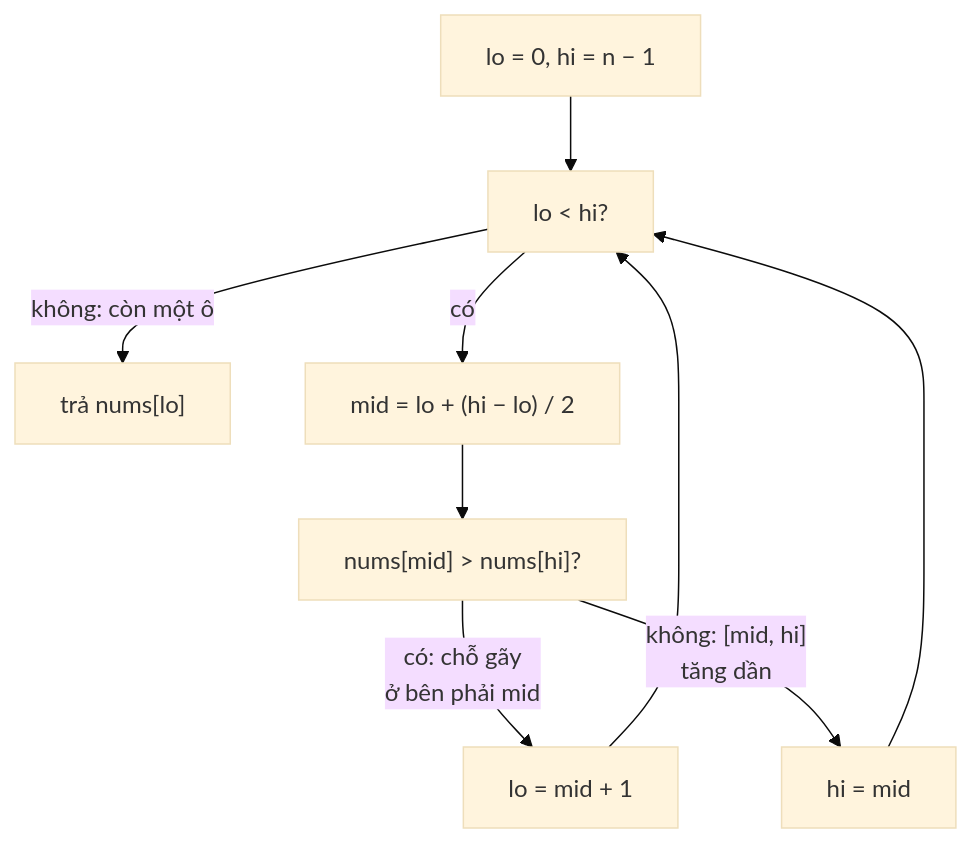
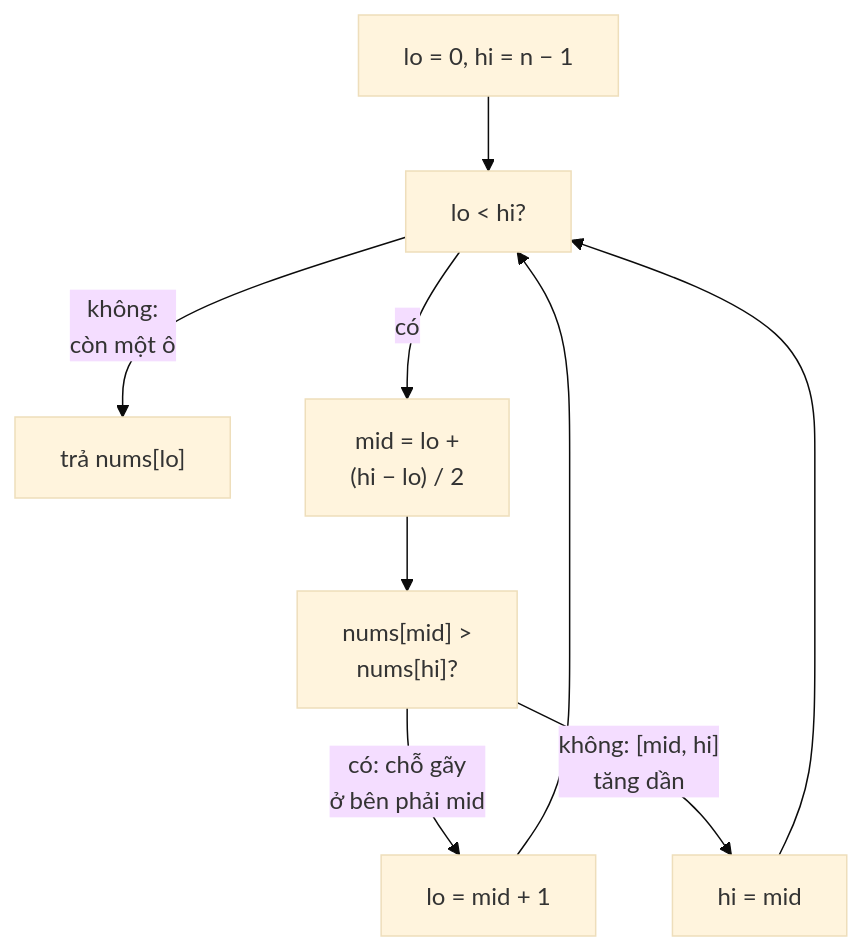
One commit to duongbui234/software-engineering-atlas changed the diagram in content/problems/find-minimum-in-rotated-sorted-array.md. Above: the diagram before and after it, drawn with Mermaid (base theme). The commit also changed 134 other files, not shown here.

First line of the commit message:
Fit every Mermaid diagram at 390px without sideways scroll (#56)

````diff
--- a/content/problems/find-minimum-in-rotated-sorted-array.md
+++ b/content/problems/find-minimum-in-rotated-sorted-array.md
@@ -45,11 +45,11 @@
 ```mermaid
 flowchart TB
   A["lo = 0, hi = n − 1"] --> B["lo < hi?"]
-  B -->|"không: còn một ô"| F["trả nums[lo]"]
-  B -->|"có"| C["mid = lo + (hi − lo) / 2"]
-  C --> D["nums[mid] > nums[hi]?"]
+  B -->|"không:<br/>còn một ô"| F["trả nums[lo]"]
+  B -->|"có"| C["mid = lo +<br/>(hi − lo) / 2"]
+  C --> D["nums[mid] ><br/>nums[hi]?"]
   D -->|"có: chỗ gãy<br/>ở bên phải mid"| E1["lo = mid + 1"]
   D -->|"không: [mid, hi]<br/>tăng dần"| E2["hi = mid"]
   E1 --> B
   E2 --> B
 ```
````
